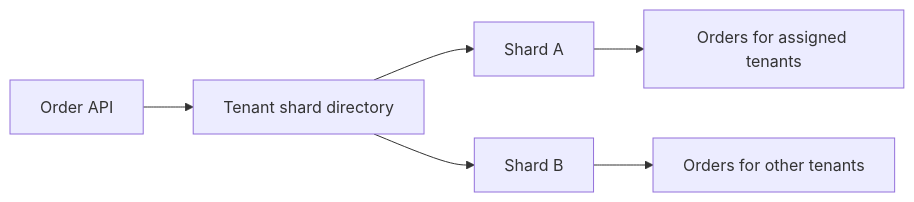
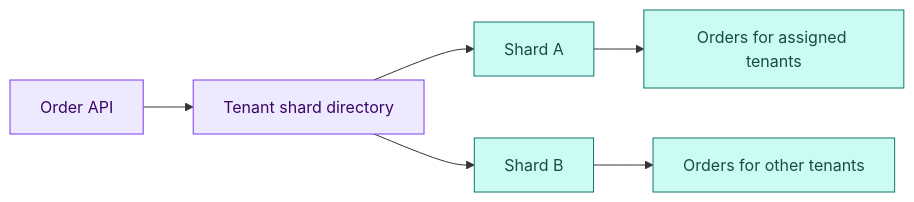
Before and after one commit to Shaktiprasadram22/system-design-26-week-roadmap: the third of 7 diagrams in chapters/02-core-system-design.md, drawn with Mermaid. The commit also changed other lines of this file and 21 other files, not shown here.

````diff
--- a/chapters/02-core-system-design.md
+++ b/chapters/02-core-system-design.md
@@ -175,8 +198,15 @@
 ```mermaid
 flowchart LR
     A["Order API"] --> D["Tenant shard directory"]
     D --> S1["Shard A"]
     D --> S2["Shard B"]
     S1 --> T1["Orders for assigned tenants"]
     S2 --> T2["Orders for other tenants"]
+
+    classDef input fill:#dbeafe,stroke:#2563eb,color:#172554;
+    classDef service fill:#ede9fe,stroke:#7c3aed,color:#3b0764;
+    classDef data fill:#ccfbf1,stroke:#0f766e,color:#134e4a;
+    classDef edge fill:#ffedd5,stroke:#c2410c,color:#431407;
+    class A,D service;
+    class S1,S2,T1,T2 data;
 ```
````
